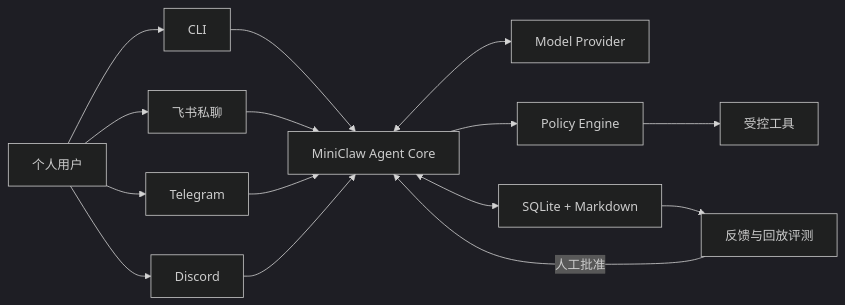
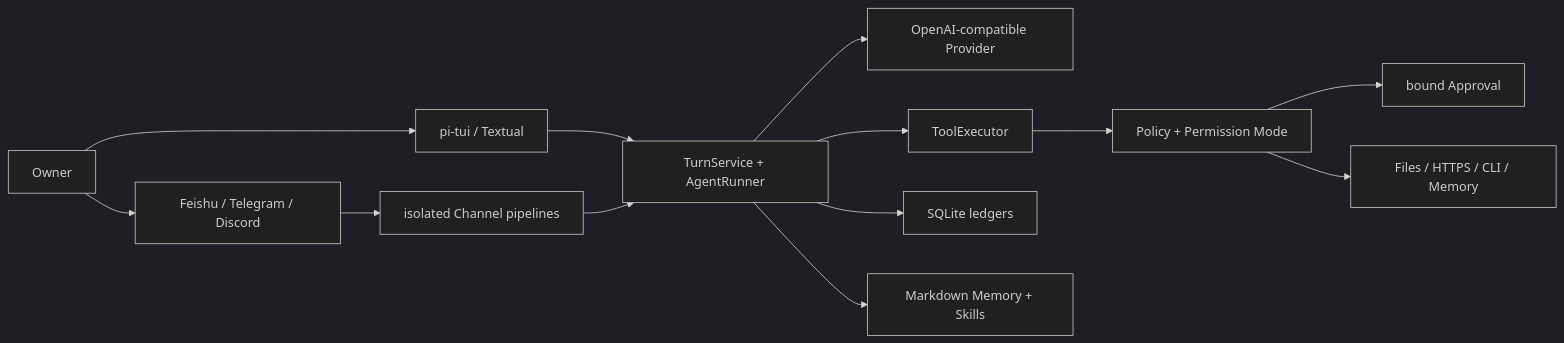
The first of 2 diagrams in README.md (NEDONION/lobster0), drawn with Mermaid (dark theme) before and after one commit. The commit also changed other lines of this file and 44 other files, not shown here.

````diff
--- a/README.md
+++ b/README.md
@@ -70,17 +136,15 @@
 ```mermaid
 flowchart LR
-    USER["个人用户"] --> CLI["CLI"]
-    USER --> FEISHU["飞书私聊"]
-    USER --> TELEGRAM["Telegram"]
-    USER --> DISCORD["Discord"]
-    CLI --> CORE["MiniClaw Agent Core"]
-    FEISHU --> CORE
-    TELEGRAM --> CORE
-    DISCORD --> CORE
-    CORE <--> MODEL["Model Provider"]
-    CORE --> POLICY["Policy Engine"]
-    POLICY --> TOOLS["受控工具"]
-    CORE <--> DATA["SQLite + Markdown"]
-    DATA --> EVOLVE["反馈与回放评测"]
-    EVOLVE -->|"人工批准"| CORE
+    U["Owner"] --> TUI["pi-tui / Textual"]
+    U --> IM["Feishu / Telegram / Discord"]
+    TUI --> CORE["TurnService + AgentRunner"]
+    IM --> PIPE["isolated Channel pipelines"]
+    PIPE --> CORE
+    CORE --> PROVIDER["OpenAI-compatible Provider"]
+    CORE --> EXEC["ToolExecutor"]
+    EXEC --> POLICY["Policy + Permission Mode"]
+    POLICY --> APPROVAL["bound Approval"]
+    POLICY --> TOOLS["Files / HTTPS / CLI / Memory"]
+    CORE --> DB["SQLite ledgers"]
+    CORE --> MD["Markdown Memory + Skills"]
 ```
````
